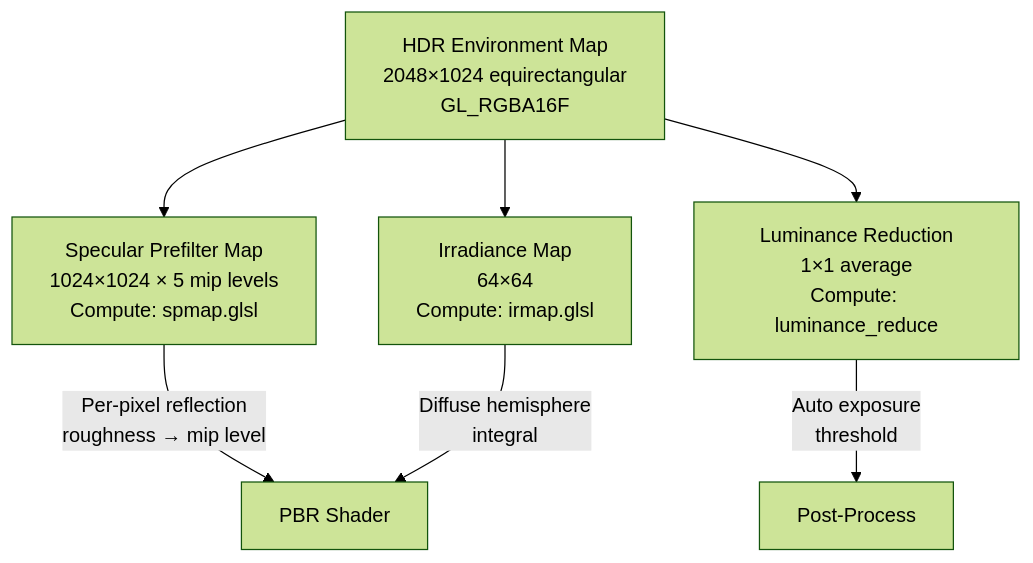
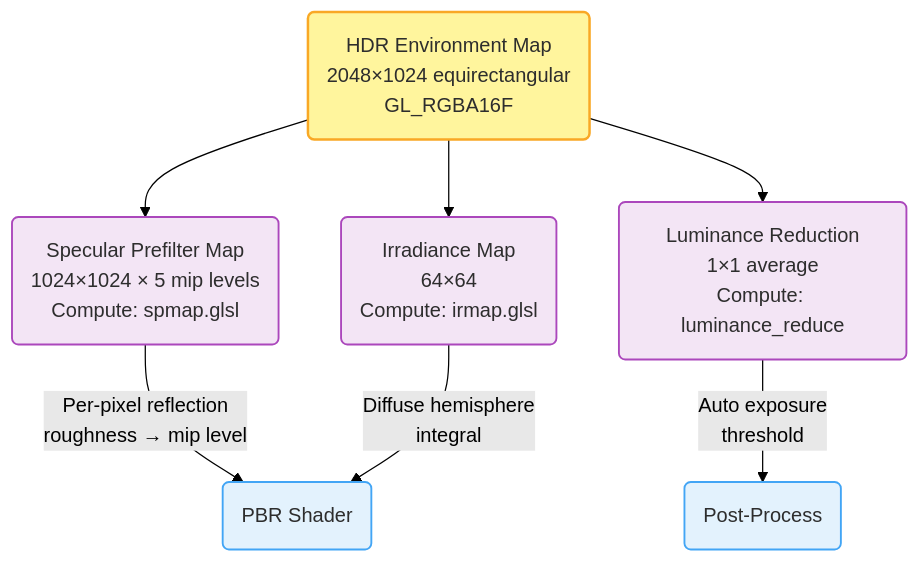
Diagram 11 of 17 in content/suckless-ogl-anatomie-frame-en.md (yoyonel/blog_source), drawn with Mermaid (forest theme) before and after one commit. The commit also changed other lines of this file and 4 other files, not shown here.

First line of the commit message:
refactor(mermaid): hand-drawn style + forced light mode for all browsers

```diff
--- a/content/suckless-ogl-anatomie-frame-en.md
+++ b/content/suckless-ogl-anatomie-frame-en.md
@@ -554,14 +603,22 @@
 <pre class="mermaid">
 graph TB
-    HDR["HDR Environment Map<br/>2048×1024 equirectangular<br/>GL_RGBA16F"] --> SPEC
+    HDR("HDR Environment Map<br/>2048×1024 equirectangular<br/>GL_RGBA16F") --> SPEC
     HDR --> IRR
     HDR --> LUM
 
-    SPEC["Specular Prefilter Map<br/>1024×1024 × 5 mip levels<br/>Compute: spmap.glsl"]
-    IRR["Irradiance Map<br/>64×64<br/>Compute: irmap.glsl"]
-    LUM["Luminance Reduction<br/>1×1 average<br/>Compute: luminance_reduce"]
+    SPEC("Specular Prefilter Map<br/>1024×1024 × 5 mip levels<br/>Compute: spmap.glsl")
+    IRR("Irradiance Map<br/>64×64<br/>Compute: irmap.glsl")
+    LUM("Luminance Reduction<br/>1×1 average<br/>Compute: luminance_reduce")
 
-    SPEC -->|"Per-pixel reflection<br/>roughness → mip level"| PBR["PBR Shader"]
+    SPEC -->|"Per-pixel reflection<br/>roughness → mip level"| PBR("PBR Shader")
     IRR -->|"Diffuse hemisphere<br/>integral"| PBR
-    LUM -->|"Auto exposure<br/>threshold"| PP["Post-Process"]
+    LUM -->|"Auto exposure<br/>threshold"| PP("Post-Process")
+
+    classDef keyFunc fill:#fff59d,stroke:#f9a825,stroke-width:2px,color:#2d2d2d
+    classDef compute fill:#f3e5f5,stroke:#ab47bc,stroke-width:1.5px,color:#2d2d2d
+    classDef target fill:#e3f2fd,stroke:#42a5f5,stroke-width:1.5px,color:#2d2d2d
+
+    class HDR keyFunc
+    class SPEC,IRR,LUM compute
+    class PBR,PP target
 </pre>
```
